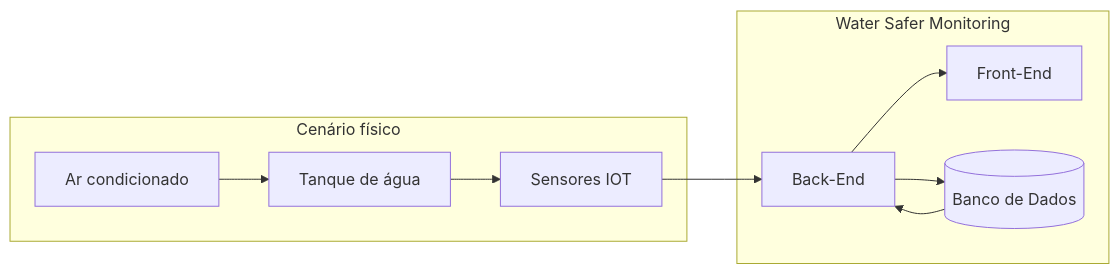
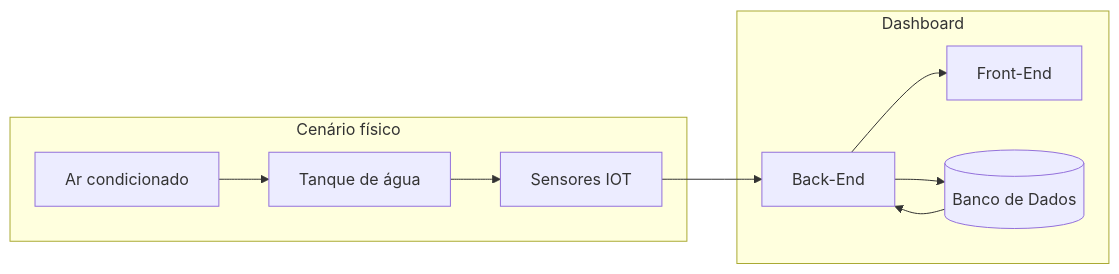
Before and after one commit to KauanIzidoro/watersafer-monitoring: the diagram in README.md, drawn with Mermaid. The commit also changed other lines of this file and 1 other file, not shown here.

````diff
--- a/README.md
+++ b/README.md
@@ -5,24 +9,24 @@
 ```mermaid
 graph LR
-    subgraph "Water Safer Monitoring" 
+    subgraph "Dashboard" 
         FE[Front-End]
         BE[Back-End]
         BD[(Banco de Dados)]
     end
 
     subgraph "Cenário físico"
         AC[Ar condicionado]
         TA[Tanque de água]
         SI[Sensores IOT]
     end
 
     AC --> TA
     TA --> SI
 
     SI --> BE
     BE --> BD
 
     BD --> BE
 
     BE --> FE
 ```
````
